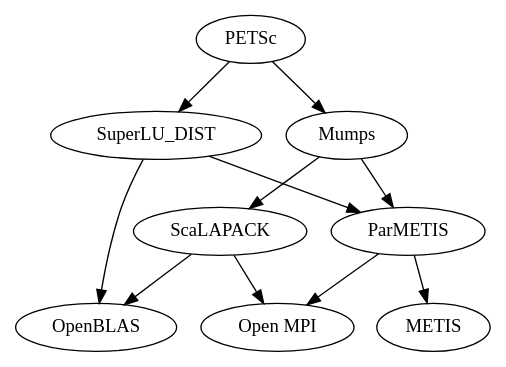
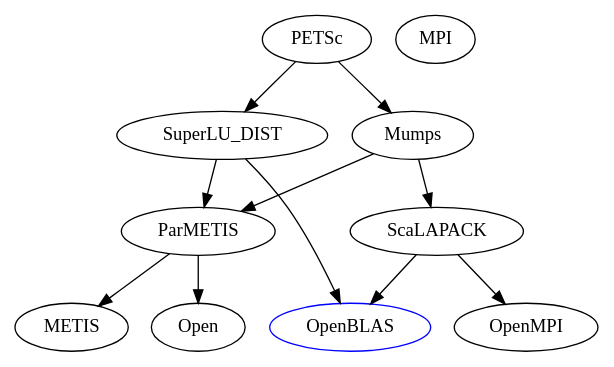
The first of 2 diagrams in doc/package-listing.rst (sed-pro-inria/conda-recipes), drawn with Graphviz before and after one commit. The commit also changed other lines of this file and 1 other file, not shown here.

```diff
--- a/doc/package-listing.rst
+++ b/doc/package-listing.rst
@@ -62,12 +63,14 @@
 .. digraph:: petsc
 
-    "PETSc" -> "Mumps";
-    "PETSc" -> "SuperLU_DIST";
-    "Mumps" -> "ScaLAPACK";
-    "Mumps" -> "ParMETIS";
-    "ScaLAPACK" -> "OpenBLAS";
-    "ScaLAPACK" -> "Open MPI";
-    "SuperLU_DIST" -> "OpenBLAS";
-    "SuperLU_DIST" -> "ParMETIS";
-    "ParMETIS" -> "METIS";
-    "ParMETIS" -> "Open MPI";
+    PETSc -> Mumps
+    PETSc -> SuperLU_DIST
+    Mumps -> ScaLAPACK
+    Mumps -> ParMETIS
+    ScaLAPACK -> OpenBLAS
+    ScaLAPACK -> OpenMPI
+    SuperLU_DIST -> OpenBLAS
+    SuperLU_DIST -> ParMETIS
+    ParMETIS -> METIS
+    ParMETIS -> Open MPI
+
+    OpenBLAS [color=blue]
```
